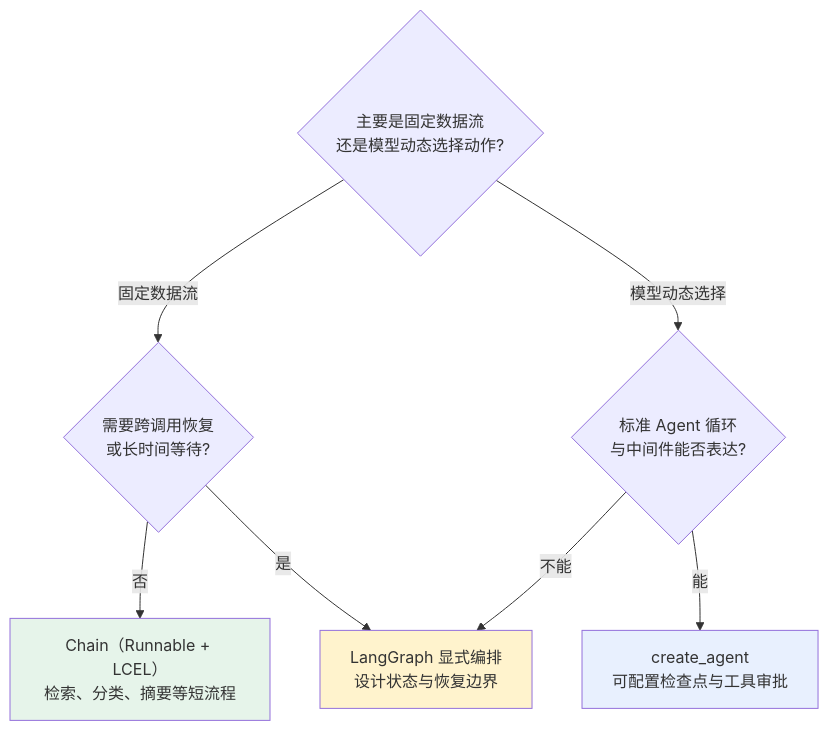
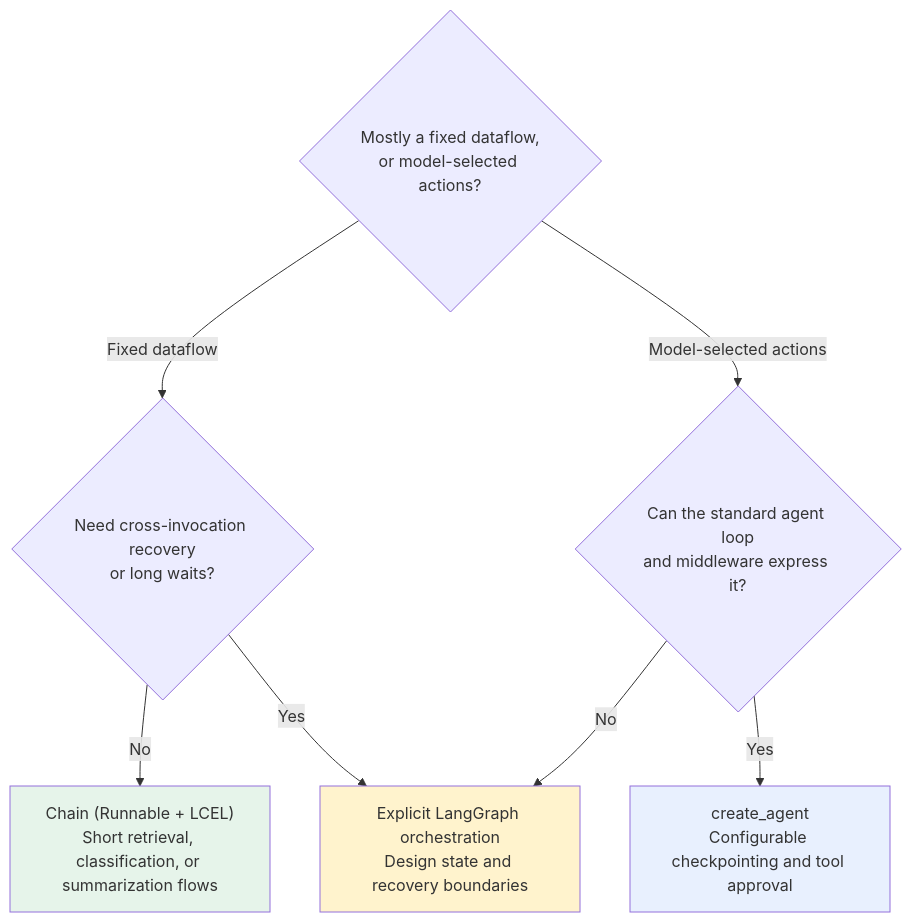
Before and after one commit to oneleaveknowsthefall/awesome-ai-roadmap: the third of 3 diagrams in docs/frameworks/01-langchain/01-foundations/02-chain-and-lcel.md, drawn with Mermaid. The commit also changed other lines of this file and 70 other files, not shown here.

````diff
--- a/docs/frameworks/01-langchain/01-foundations/02-chain-and-lcel.md
+++ b/docs/frameworks/01-langchain/01-foundations/02-chain-and-lcel.md
@@ -230,14 +234,14 @@
 ```mermaid
 flowchart TB
-    Q1{"主要是固定数据流<br/>还是模型动态选择动作?"}
-    Q1 -->|固定数据流| Q2{"需要跨调用恢复<br/>或长时间等待?"}
-    Q2 -->|否| C["Chain（Runnable + LCEL）<br/>检索、分类、摘要等短流程"]
-    Q2 -->|是| G["LangGraph 显式编排<br/>设计状态与恢复边界"]
-    Q1 -->|模型动态选择| Q3{"标准 Agent 循环<br/>与中间件能否表达?"}
-    Q3 -->|能| A["create_agent<br/>可配置检查点与工具审批"]
-    Q3 -->|不能| G
+    Q1{"Mostly a fixed dataflow,<br/>or model-selected actions?"}
+    Q1 -->|Fixed dataflow| Q2{"Need cross-invocation recovery<br/>or long waits?"}
+    Q2 -->|No| C["Chain (Runnable + LCEL)<br/>Short retrieval, classification, or summarization flows"]
+    Q2 -->|Yes| G["Explicit LangGraph orchestration<br/>Design state and recovery boundaries"]
+    Q1 -->|Model-selected actions| Q3{"Can the standard agent loop<br/>and middleware express it?"}
+    Q3 -->|Yes| A["create_agent<br/>Configurable checkpointing and tool approval"]
+    Q3 -->|No| G
 
     style C fill:#e6f4ea
     style A fill:#e8f0fe
     style G fill:#fff3cd
 ```
````
